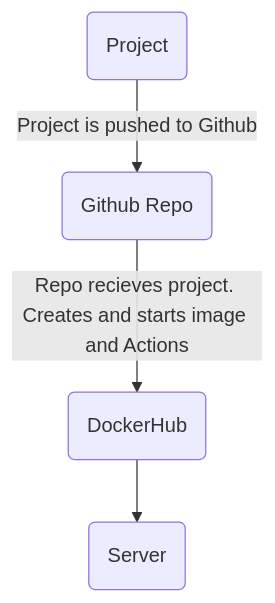
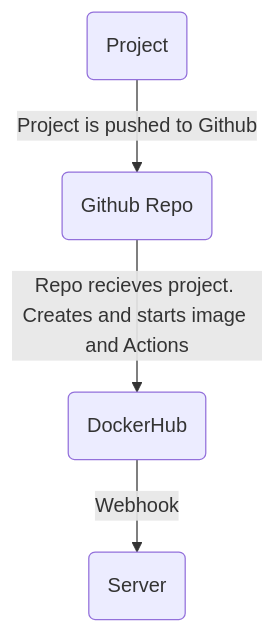
One commit to WSU-kduncan/cicd-3120-davidkajuna7 changed the diagram in README.md. Above: the diagram before and after it, drawn with Mermaid. The commit also changed other lines of this file and 2 other files, not shown here.

````diff
--- a/README.md
+++ b/README.md
@@ -52,6 +49,6 @@
 ```mermaid
   graph TD;
       A(Project) -- Project is pushed to Github --> B(Github Repo);
       B -- Repo recieves project. Creates and starts image and Actions --> C(DockerHub);
-      C --> D(Server);
+      C -- Webhook --> D(Server);
 ```
````
